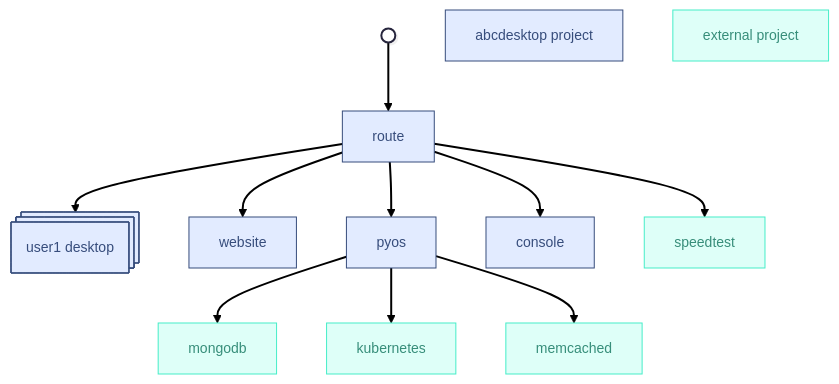
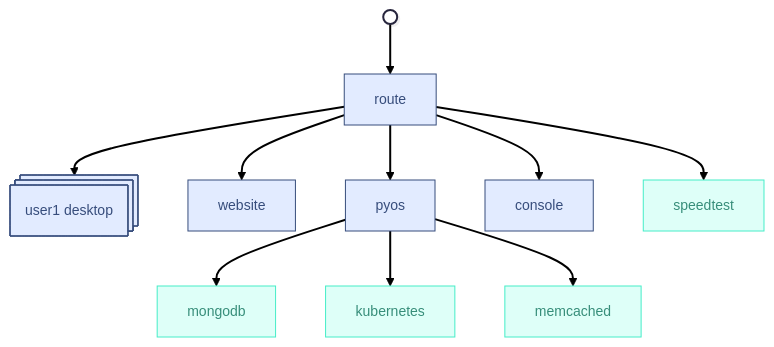
Before and after one commit to abcdesktopio/docs: the first of 2 diagrams in opsdocs/docs/architecture.md, drawn with Mermaid. The commit also changed other lines of this file, not shown here.

````diff
--- a/opsdocs/docs/architecture.md
+++ b/opsdocs/docs/architecture.md
@@ -7,34 +7,36 @@
 ``` mermaid
 ---
 config:
   theme: redux
 ---
 flowchart TD
-    R["route"] --> desktop["user1 desktop"] & W["website"] & API["pyos"] & C["console"] & S["speedtest"]
+    route["route"] --> desktop["user1 desktop"] & website["website"] & API["pyos"] & console["console"] & speedtest["speedtest"]
     API --> mongodb["mongodb"] & kubernetes["kubernetes"] & memcache["memcached"]
-    n1["users"] --> R
-    n3["abcdesktop project"]
-    n2["external project"]
-    R@{ shape: proc}
+    n1["users"] --> route
+    route@{ shape: proc}
     desktop@{ shape: procs}
     n1@{ shape: sm-circ}
-    n2@{ shape: rect}
-    n3@{ shape: rect}
-     R:::Sky
+     route:::Sky
      desktop:::Ash
      desktop:::Sky
-     W:::Sky
+     website:::Sky
      API:::Sky
-     C:::Sky
-     S:::Aqua
+     console:::Sky
+     speedtest:::Aqua
      mongodb:::Aqua
      kubernetes:::Aqua
      memcache:::Aqua
-     n1:::Peach
-     n2:::Aqua
-     n3:::Sky
     classDef Ash stroke-width:1px, stroke-dasharray:none, stroke:#999999, fill:#EEEEEE, color:#000000
     classDef Peach stroke-width:1px, stroke-dasharray:none, stroke:#FBB35A, fill:#FFEFDB, color:#8F632D
     classDef Aqua stroke-width:1px, stroke-dasharray:none, stroke:#46EDC8, fill:#DEFFF8, color:#378E7A
     classDef Sky stroke-width:1px, stroke-dasharray:none, stroke:#374D7C, fill:#E2EBFF, color:#374D7C
+    click route "https://github.com/abcdesktopio/route"
+    click desktop "https://github.com/abcdesktopio/oc.user"
+    click website "https://github.com/abcdesktopio/webmodules"
+    click API "https://github.com/abcdesktopio/pyos"
+    click console "https://github.com/abcdesktopio/console"
+    click speedtest "https://github.com/librespeed/speedtest"
+    click mongodb "https://www.mongodb.com/"
+    click kubernetes "https://kubernetes.io/"
+    click memcache "https://www.memcached.org/"
 ```
````
